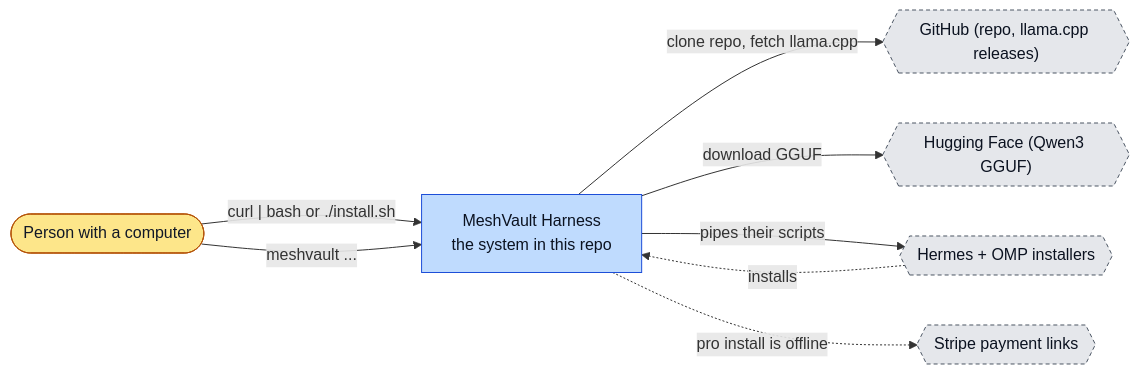
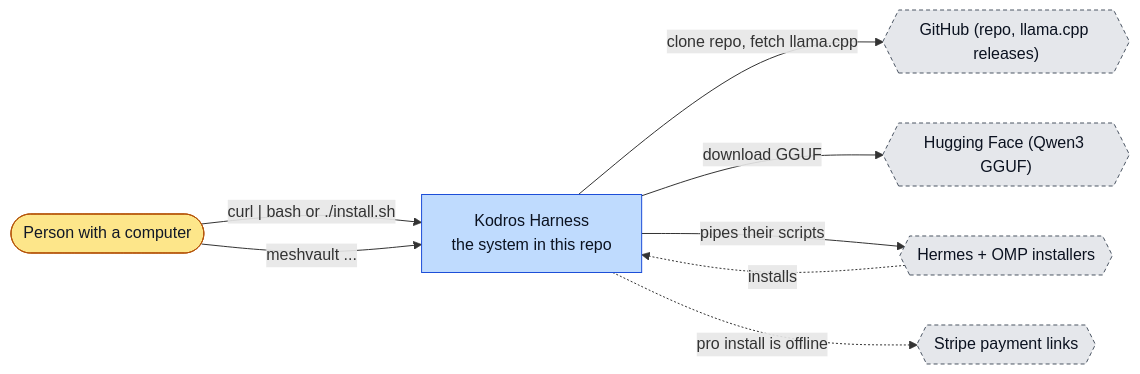
The diagram in docs/architecture/context.mmd (thefiredev-cloud/meshvault-harness), drawn with Mermaid before and after one commit. The commit also changed 27 other files, not shown here.

Commit message:
docs: rebrand MeshVault to Kodros in user-facing text (#14)

```diff
--- a/docs/architecture/context.mmd
+++ b/docs/architecture/context.mmd
@@ -1,17 +1,17 @@
 flowchart LR
   user(["Person with a computer"]):::actor
-  SYSTEM["MeshVault Harness<br/>the system in this repo"]:::app
+  SYSTEM["Kodros Harness<br/>the system in this repo"]:::app
   gh{{"GitHub (repo, llama.cpp releases)"}}:::ext
   hf{{"Hugging Face (Qwen3 GGUF)"}}:::ext
   thirdparty{{"Hermes + OMP installers"}}:::ext
   stripe{{"Stripe payment links"}}:::ext
   user -->|"curl | bash or ./install.sh"| SYSTEM
   SYSTEM -->|"clone repo, fetch llama.cpp"| gh
   SYSTEM -->|"download GGUF"| hf
   SYSTEM -->|"pipes their scripts"| thirdparty
   thirdparty -.->|"installs"| SYSTEM
   user -->|"meshvault ..."| SYSTEM
   SYSTEM -.->|"pro install is offline"| stripe
   classDef actor fill:#fde68a,stroke:#b45309,color:#111827
   classDef app fill:#bfdbfe,stroke:#1d4ed8,color:#0b1220
   classDef ext fill:#e5e7eb,stroke:#4b5563,color:#0b1220,stroke-dasharray:4 3
```
